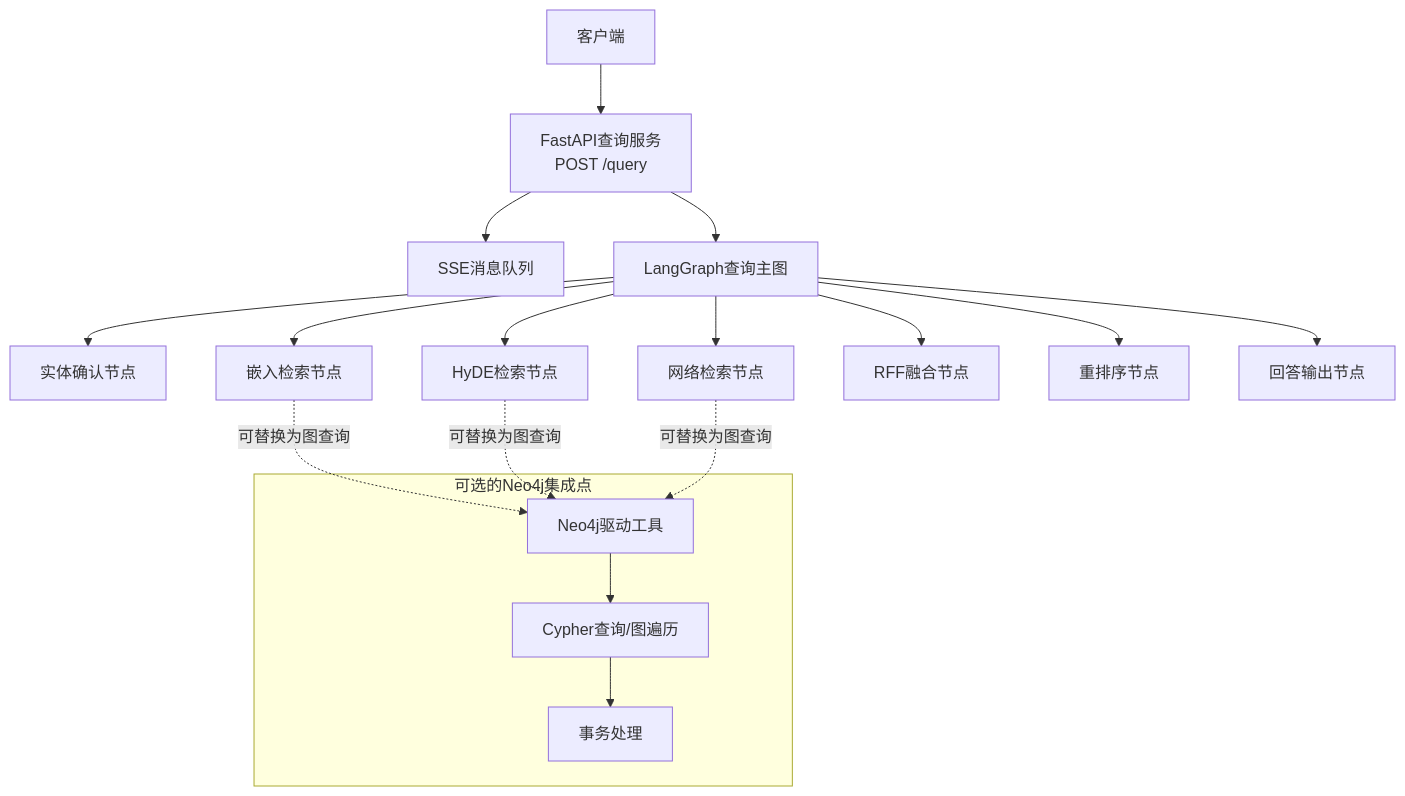
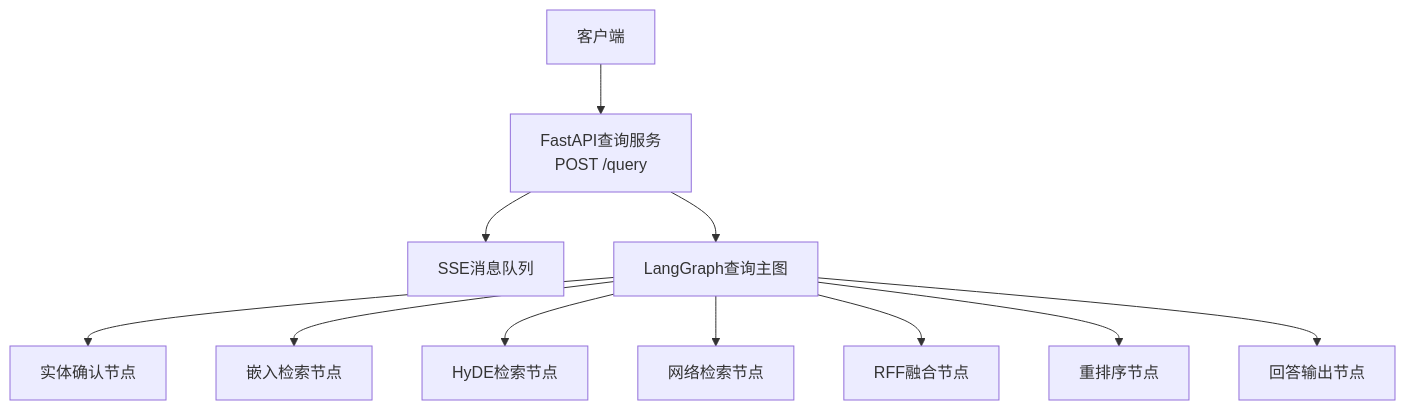
Before and after one commit to YveS-y/rag-agent: the second of 7 diagrams in .qoder/repowiki/zh/content/外部服务集成/Neo4j知识图谱集成.md, drawn with Mermaid. The commit also changed other lines of this file and 29 other files, not shown here.

````diff
--- a/.qoder/repowiki/zh/content/外部服务集成/Neo4j知识图谱集成.md
+++ b/.qoder/repowiki/zh/content/外部服务集成/Neo4j知识图谱集成.md
@@ -99,22 +99,13 @@
 ```mermaid
 graph TB
 C["客户端"] --> F["FastAPI查询服务<br/>POST /query"]
 F --> S["SSE消息队列"]
 F --> G["LangGraph查询主图"]
 G --> E1["实体确认节点"]
 G --> E2["嵌入检索节点"]
 G --> E3["HyDE检索节点"]
 G --> E4["网络检索节点"]
 G --> E5["RFF融合节点"]
 G --> E6["重排序节点"]
 G --> E7["回答输出节点"]
-subgraph "可选的Neo4j集成点"
-N4J["Neo4j驱动工具"]
-CY["Cypher查询/图遍历"]
-TX["事务处理"]
-end
-E2 -. 可替换为图查询 .-> N4J
-E3 -. 可替换为图查询 .-> N4J
-E4 -. 可替换为图查询 .-> N4J
-N4J --> CY --> TX
 ```
````
